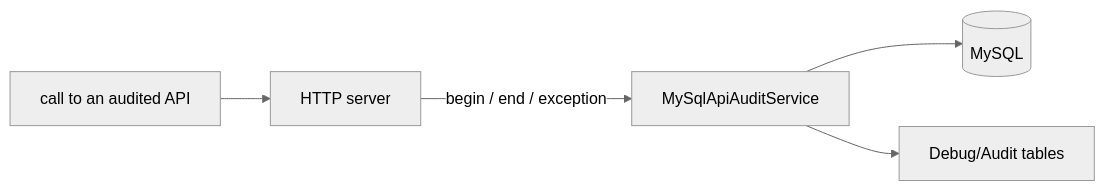
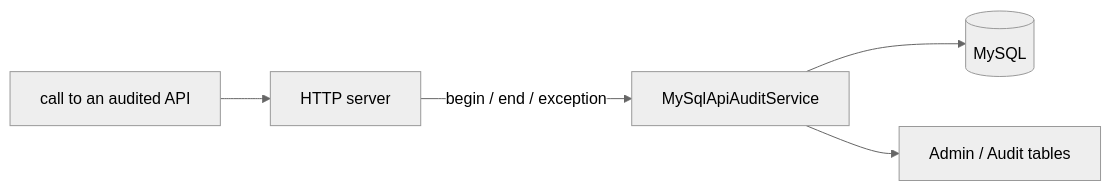
One commit to dosh1974/SysWeaver changed the diagram in SysWeaver.MicroService.MySqlAudit/README.md. Above: the diagram before and after it, drawn with Mermaid (neutral theme). The commit also changed other lines of this file and 324 other files, not shown here.

````diff
--- a/SysWeaver.MicroService.MySqlAudit/README.md
+++ b/SysWeaver.MicroService.MySqlAudit/README.md
@@ -18,7 +18,7 @@
 ```mermaid
 flowchart LR
   Call["call to an audited API"] --> Srv["HTTP server"]
   Srv -->|"begin / end / exception"| Audit["MySqlApiAuditService"]
   Audit --> DB[("MySQL")]
-  Audit --> Tables["Debug/Audit tables"]
+  Audit --> Tables["Admin / Audit tables"]
 ```
````
